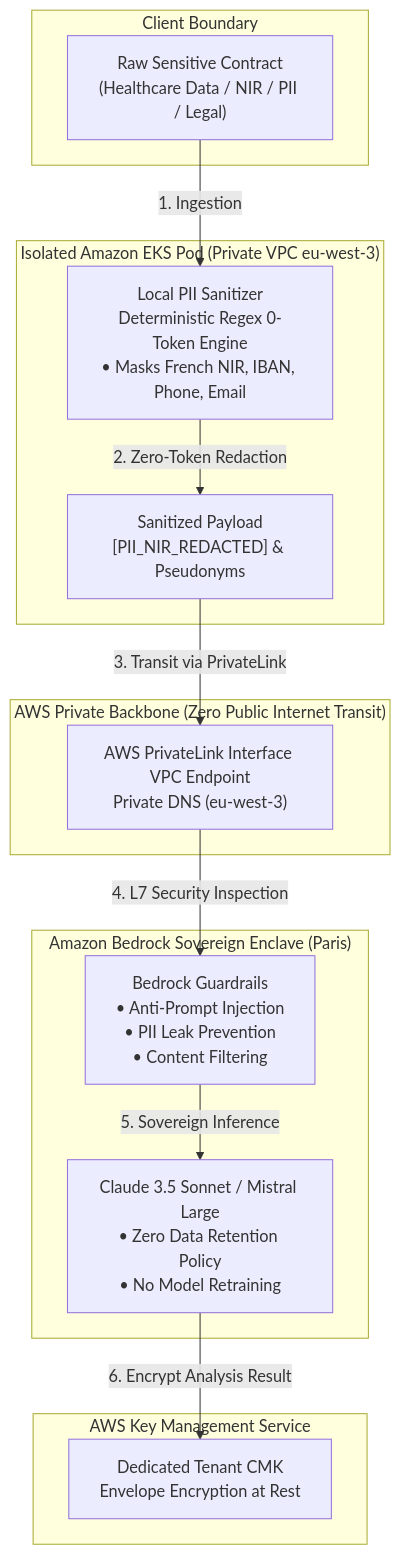
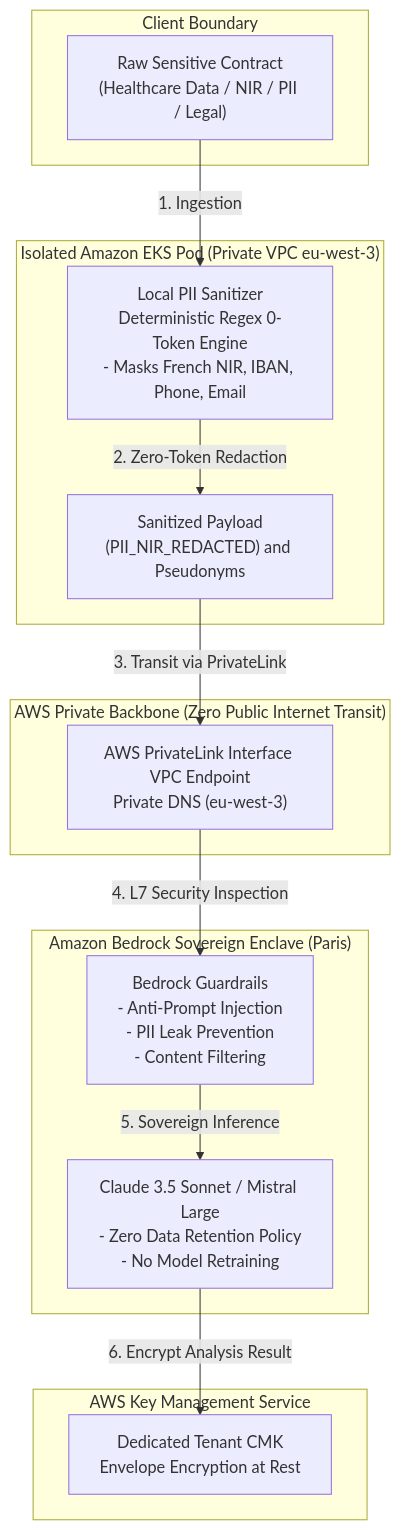
The fourth of 4 diagrams in README.md (widadsaghir/aws-saas-multi-tenant-bedrock-accelerator), drawn with Mermaid before and after one commit. The commit also changed other lines of this file and 8 other files, not shown here.

Commit message:
docs(architecture): fix Mermaid syntax and synchronize C4 diagrams in 3 formats

````diff
--- a/README.md
+++ b/README.md
@@ -162,31 +162,31 @@
 ```mermaid
 flowchart TD
     subgraph ClientZone ["Client Boundary"]
         RawDoc["Raw Sensitive Contract<br/>(Healthcare Data / NIR / PII / Legal)"]
     end
 
     subgraph EKSPod ["Isolated Amazon EKS Pod (Private VPC eu-west-3)"]
-        Sanitizer["Local PII Sanitizer<br/>Deterministic Regex 0-Token Engine<br/>• Masks French NIR, IBAN, Phone, Email"]
-        CleanDoc["Sanitized Payload<br/>[PII_NIR_REDACTED] & Pseudonyms"]
+        Sanitizer["Local PII Sanitizer<br/>Deterministic Regex 0-Token Engine<br/>- Masks French NIR, IBAN, Phone, Email"]
+        CleanDoc["Sanitized Payload<br/>(PII_NIR_REDACTED) and Pseudonyms"]
     end
 
     subgraph Network ["AWS Private Backbone (Zero Public Internet Transit)"]
         PrivateLink["AWS PrivateLink Interface VPC Endpoint<br/>Private DNS (eu-west-3)"]
     end
 
     subgraph SovereignEnclave ["Amazon Bedrock Sovereign Enclave (Paris)"]
-        Guardrails["Bedrock Guardrails<br/>• Anti-Prompt Injection<br/>• PII Leak Prevention<br/>• Content Filtering"]
-        FoundationModel["Claude 3.5 Sonnet / Mistral Large<br/>• Zero Data Retention Policy<br/>• No Model Retraining"]
+        Guardrails["Bedrock Guardrails<br/>- Anti-Prompt Injection<br/>- PII Leak Prevention<br/>- Content Filtering"]
+        FoundationModel["Claude 3.5 Sonnet / Mistral Large<br/>- Zero Data Retention Policy<br/>- No Model Retraining"]
     end
 
     subgraph KMSZone ["AWS Key Management Service"]
         KMS["Dedicated Tenant CMK<br/>Envelope Encryption at Rest"]
     end
 
     RawDoc -->|1. Ingestion| Sanitizer
     Sanitizer -->|2. Zero-Token Redaction| CleanDoc
     CleanDoc -->|3. Transit via PrivateLink| PrivateLink
     PrivateLink -->|4. L7 Security Inspection| Guardrails
     Guardrails -->|5. Sovereign Inference| FoundationModel
     FoundationModel -->|6. Encrypt Analysis Result| KMS
 ```
````
